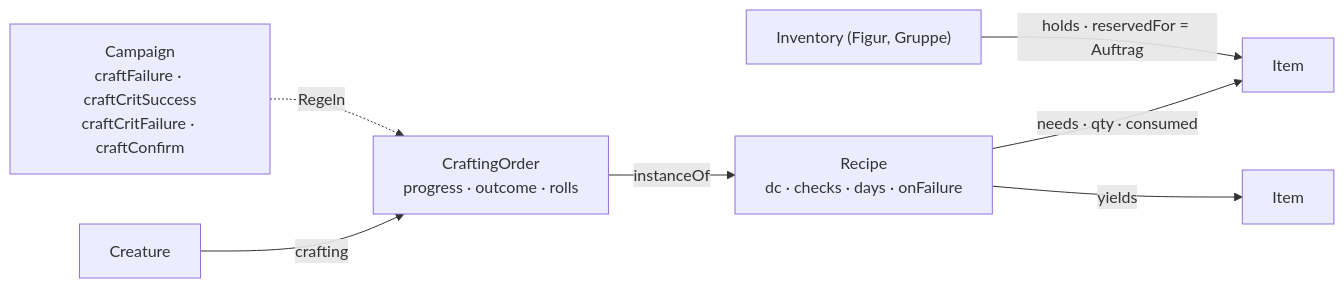
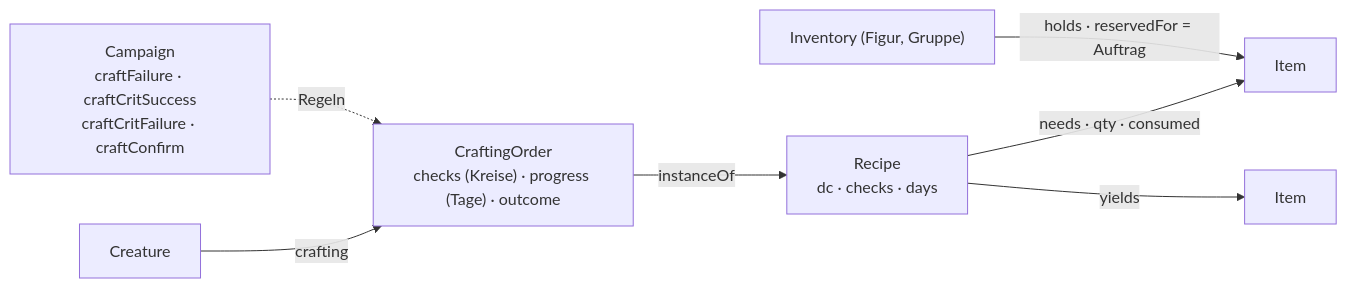
Before and after one commit to Mrfudog/Atlas-Mentis: diagram 16 of 21 in docs/Datenmodell.md, drawn with Mermaid. The commit also changed other lines of this file and 11 other files, not shown here.

````diff
--- a/docs/Datenmodell.md
+++ b/docs/Datenmodell.md
@@ -1110,9 +1110,9 @@
 ```mermaid
 flowchart LR
-  F["Creature"] -- "crafting" --> O["CraftingOrder<br/>progress · outcome · rolls"]
-  O -- "instanceOf" --> R["Recipe<br/>dc · checks · days · onFailure"]
+  F["Creature"] -- "crafting" --> O["CraftingOrder<br/>checks (Kreise) · progress (Tage) · outcome"]
+  O -- "instanceOf" --> R["Recipe<br/>dc · checks · days"]
   R -- "needs · qty · consumed" --> M["Item"]
   R -- "yields" --> P["Item"]
   Inv["Inventory (Figur, Gruppe)"] -- "holds · reservedFor = Auftrag" --> M
   K["Campaign<br/>craftFailure · craftCritSuccess<br/>craftCritFailure · craftConfirm"] -. "Regeln" .-> O
 ```
````
